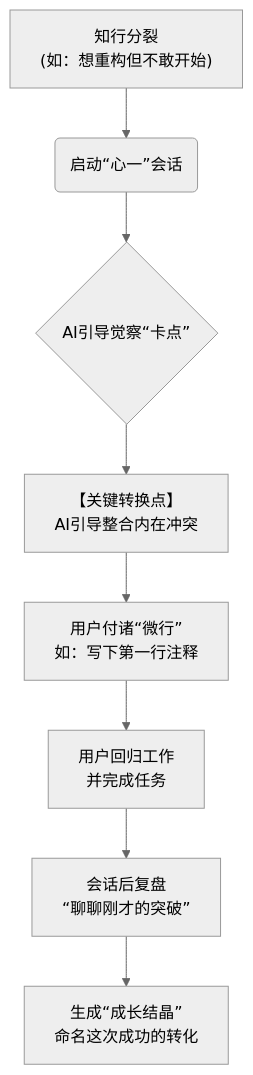
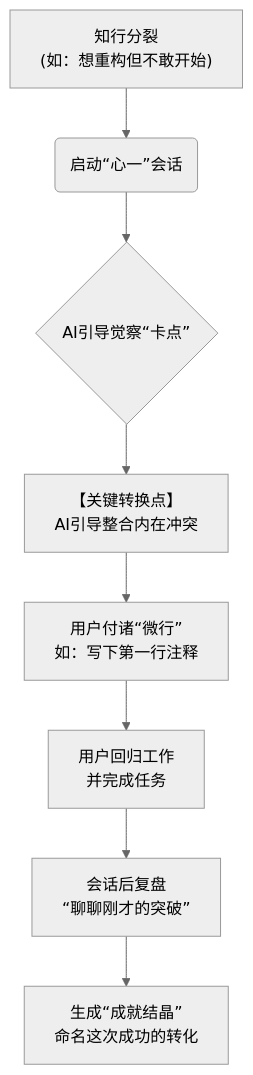
Before and after one commit to rainbow-loong/OneMind: the diagram in doc/MVP/0_MVP_战略与目标.md, drawn with Mermaid (neutral theme). The commit also changed other lines of this file and 16 other files, not shown here.

````diff
--- a/doc/MVP/0_MVP_战略与目标.md
+++ b/doc/MVP/0_MVP_战略与目标.md
@@ -57,10 +57,10 @@
 ```mermaid
 graph TD
     A["知行分裂<br>(如：想重构但不敢开始)"] --> B("启动“心一”会话");
     B --> C{"AI引导觉察“卡点”"};
     C --> D["【关键转换点】<br>AI引导整合内在冲突"];
     D --> E["用户付诸“微行”<br>如：写下第一行注释"];
     E --> F["用户回归工作<br>并完成任务"];
     F --> G["会话后复盘<br>“聊聊刚才的突破”"];
-    G --> H["生成“成长结晶”<br>命名这次成功的转化"];
+    G --> H["生成“成就结晶”<br>命名这次成功的转化"];
 ```
````
